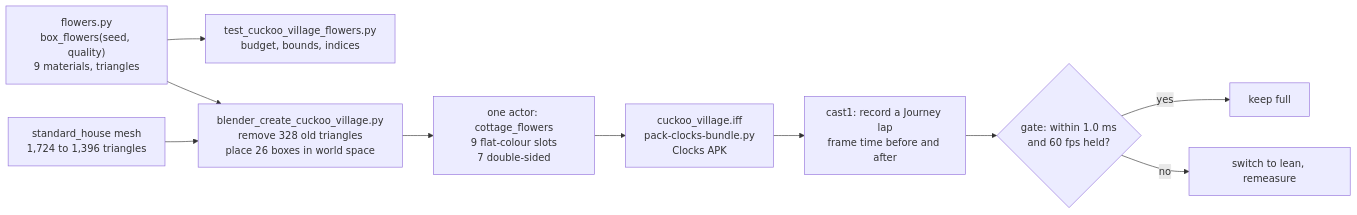
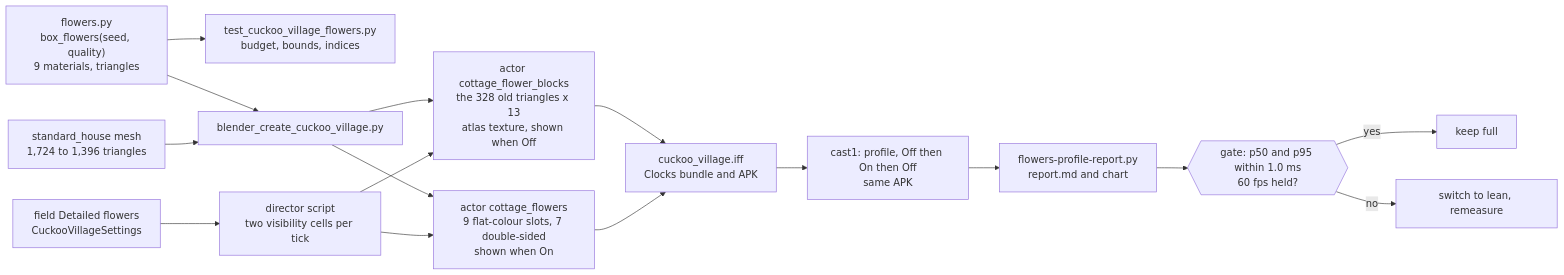
Before and after one commit to wbniv/WorldFoundry: the first of 3 diagrams in docs/plans/2026-11-22-cuckoo-village-flowers.md, drawn with Mermaid. The commit also changed other lines of this file and 2 other files, not shown here.

First line of the commit message:
Flowers plan: a Detailed flowers setting, profiling Off then On then Off on cast1, and a generated report

````diff
--- a/docs/plans/2026-11-22-cuckoo-village-flowers.md
+++ b/docs/plans/2026-11-22-cuckoo-village-flowers.md
@@ -38,12 +41,18 @@
 ```mermaid
 flowchart LR
     G["flowers.py<br/>box_flowers(seed, quality)<br/>9 materials, triangles"] --> T["test_cuckoo_village_flowers.py<br/>budget, bounds, indices"]
-    G --> B["blender_create_cuckoo_village.py<br/>remove 328 old triangles<br/>place 26 boxes in world space"]
+    G --> B["blender_create_cuckoo_village.py"]
     H["standard_house mesh<br/>1,724 to 1,396 triangles"] --> B
-    B --> A["one actor: cottage_flowers<br/>9 flat-colour slots<br/>7 double-sided"]
-    A --> L["cuckoo_village.iff<br/>pack-clocks-bundle.py<br/>Clocks APK"]
-    L --> C["cast1: record a Journey lap<br/>frame time before and after"]
-    C --> D{"gate: within 1.0 ms<br/>and 60 fps held?"}
-    D -- yes --> K["keep full"]
-    D -- no --> N["switch to lean, remeasure"]
+    B --> K["actor cottage_flower_blocks<br/>the 328 old triangles x 13<br/>atlas texture, shown when Off"]
+    B --> A["actor cottage_flowers<br/>9 flat-colour slots, 7 double-sided<br/>shown when On"]
+    S["field Detailed flowers<br/>CuckooVillageSettings"] --> D["director script<br/>two visibility cells per tick"]
+    D --> K
+    D --> A
+    K --> L["cuckoo_village.iff<br/>Clocks bundle and APK"]
+    A --> L
+    L --> C["cast1: profile, Off then On then Off<br/>same APK"]
+    C --> R["flowers-profile-report.py<br/>report.md and chart"]
+    R --> Q{{"gate: p50 and p95 within 1.0 ms<br/>60 fps held?"}}
+    Q -- yes --> Y["keep full"]
+    Q -- no --> N["switch to lean, remeasure"]
 ```
````
